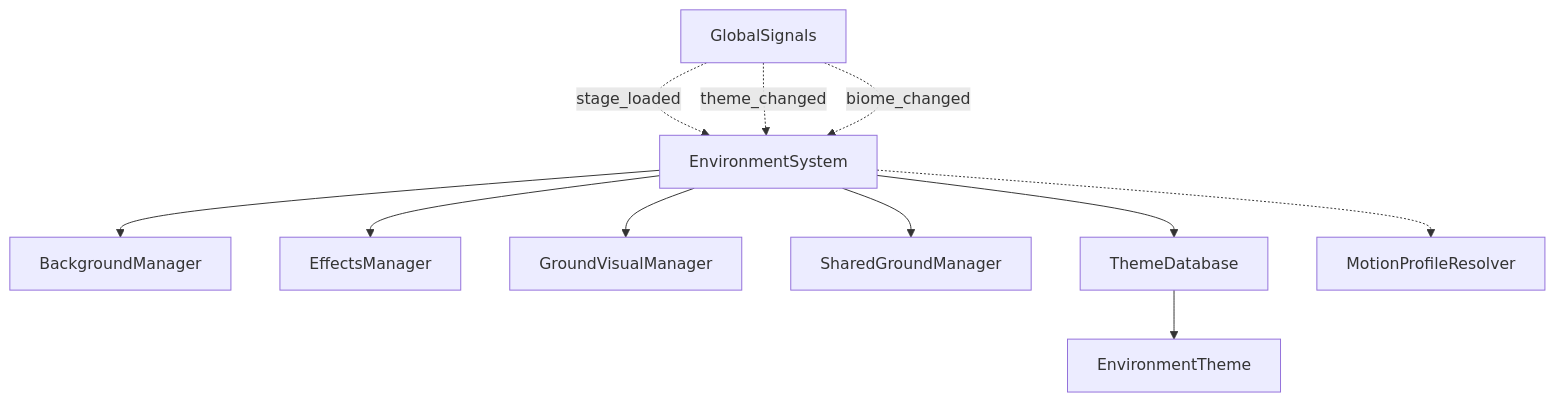
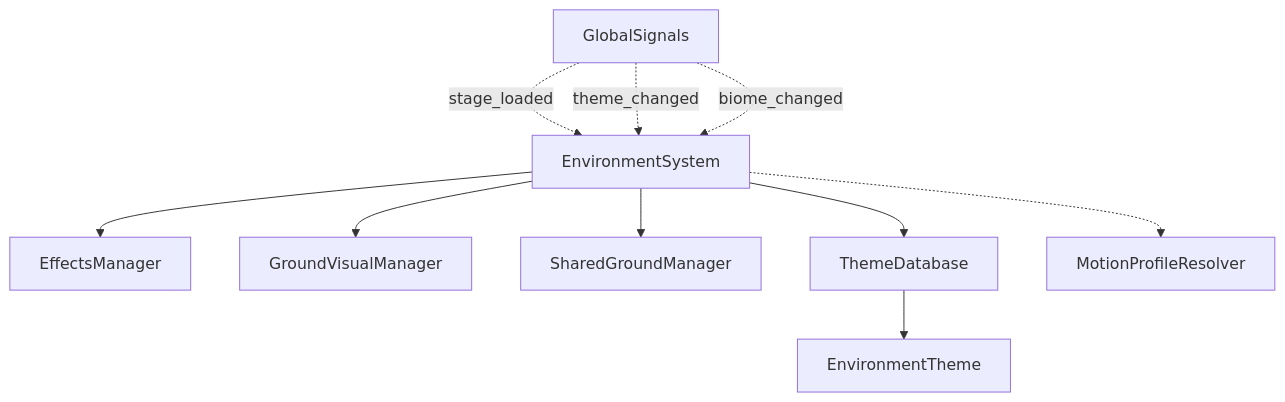
The diagram in scripts/environment/README.md (talofo/namoradinha), drawn with Mermaid before and after one commit. The commit also changed other lines of this file and 14 other files, not shown here.

Commit message:
cleaned completely the old background manager

````diff
--- a/scripts/environment/README.md
+++ b/scripts/environment/README.md
@@ -9,16 +9,15 @@
 ```mermaid
 graph TD
-    EnvironmentSystem[EnvironmentSystem] --> BackgroundManager
     EnvironmentSystem[EnvironmentSystem] --> EffectsManager
     EnvironmentSystem[EnvironmentSystem] --> GroundVisualManager
     EnvironmentSystem --> SharedGroundManager
     
     EnvironmentSystem --> ThemeDatabase
     ThemeDatabase --> EnvironmentTheme
     
     EnvironmentSystem -.-> MotionProfileResolver
     
     GlobalSignals -.->|stage_loaded| EnvironmentSystem
     GlobalSignals -.->|theme_changed| EnvironmentSystem
     GlobalSignals -.->|biome_changed| EnvironmentSystem
 ```
````
